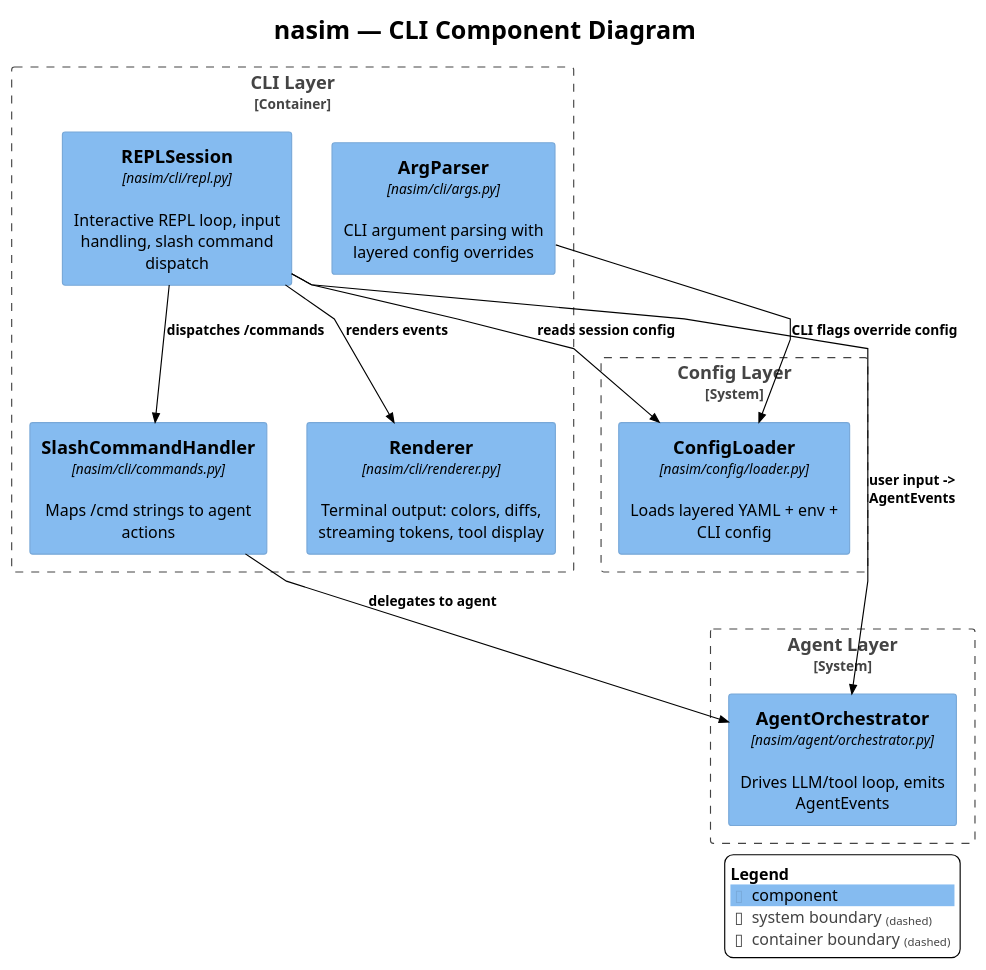
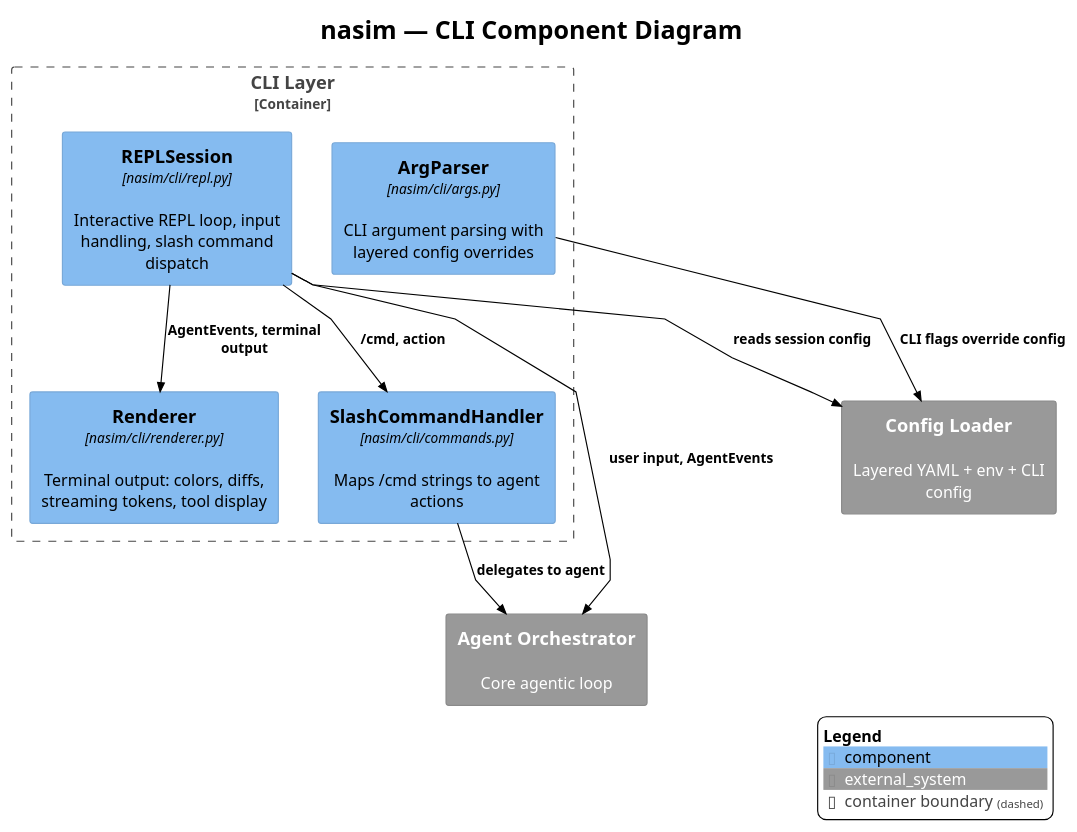
Before and after one commit to salimnamvar/nasim: the diagram in docs/C4/c4_nasim_component_cli.puml, drawn with PlantUML. The commit also changed 23 other files, not shown here.

```diff
--- a/docs/C4/c4_nasim_component_cli.puml
+++ b/docs/C4/c4_nasim_component_cli.puml
@@ -1,39 +1,34 @@
 !include https://raw.githubusercontent.com/plantuml-stdlib/C4-PlantUML/v2.10.0/C4_Component.puml
 !theme plain
 skinparam linetype polyline
 
 ' ============================================================
 ' Title:     nasim — CLI Component Diagram
-' Boundary:  nasim code agent CLI
+' Boundary:  nasim code agent
 ' Purpose:   CLI layer internal components
 ' Milestone: v1.0
-' Version:   2.0.0
-' Source:    docs/audit/audit_2026-06-20_capability-and-architecture.md
-' Review:    —
+' Version:   4.0.0
+' Source:    docs/audit/audit.2026.06.20.comprehensive.reference.audit.md
+' Review:    docs/audit/audit.2026.06.20.comprehensive.reference.audit.md
 ' ============================================================
 
 title nasim — CLI Component Diagram
 
 Container_Boundary(cli_boundary, "CLI Layer") {
     Component(arg_parser, "ArgParser", "nasim/cli/args.py", "CLI argument parsing with layered config overrides")
     Component(repl_session, "REPLSession", "nasim/cli/repl.py", "Interactive REPL loop, input handling, slash command dispatch")
     Component(renderer, "Renderer", "nasim/cli/renderer.py", "Terminal output: colors, diffs, streaming tokens, tool display")
     Component(slash_handler, "SlashCommandHandler", "nasim/cli/commands.py", "Maps /cmd strings to agent actions")
 }
 
-System_Boundary(agent_boundary, "Agent Layer") {
-    Component(agent_orch, "AgentOrchestrator", "nasim/agent/orchestrator.py", "Drives LLM/tool loop, emits AgentEvents")
-}
+System_Ext(agent_orch, "Agent Orchestrator", "Core agentic loop")
+System_Ext(config_loader, "Config Loader", "Layered YAML + env + CLI config")
 
-System_Boundary(config_boundary, "Config Layer") {
-    Component(config_loader, "ConfigLoader", "nasim/config/loader.py", "Loads layered YAML + env + CLI config")
-}
-
-Rel(repl_session, agent_orch, "user input -> AgentEvents")
-Rel(repl_session, renderer, "renders events")
-Rel(repl_session, slash_handler, "dispatches /commands")
+Rel(repl_session, agent_orch, "user input, AgentEvents")
+Rel(repl_session, renderer, "AgentEvents, terminal output")
+Rel(repl_session, slash_handler, "/cmd, action")
 Rel(slash_handler, agent_orch, "delegates to agent")
 Rel(arg_parser, config_loader, "CLI flags override config")
 Rel(repl_session, config_loader, "reads session config")
 
 SHOW_LEGEND()
```
